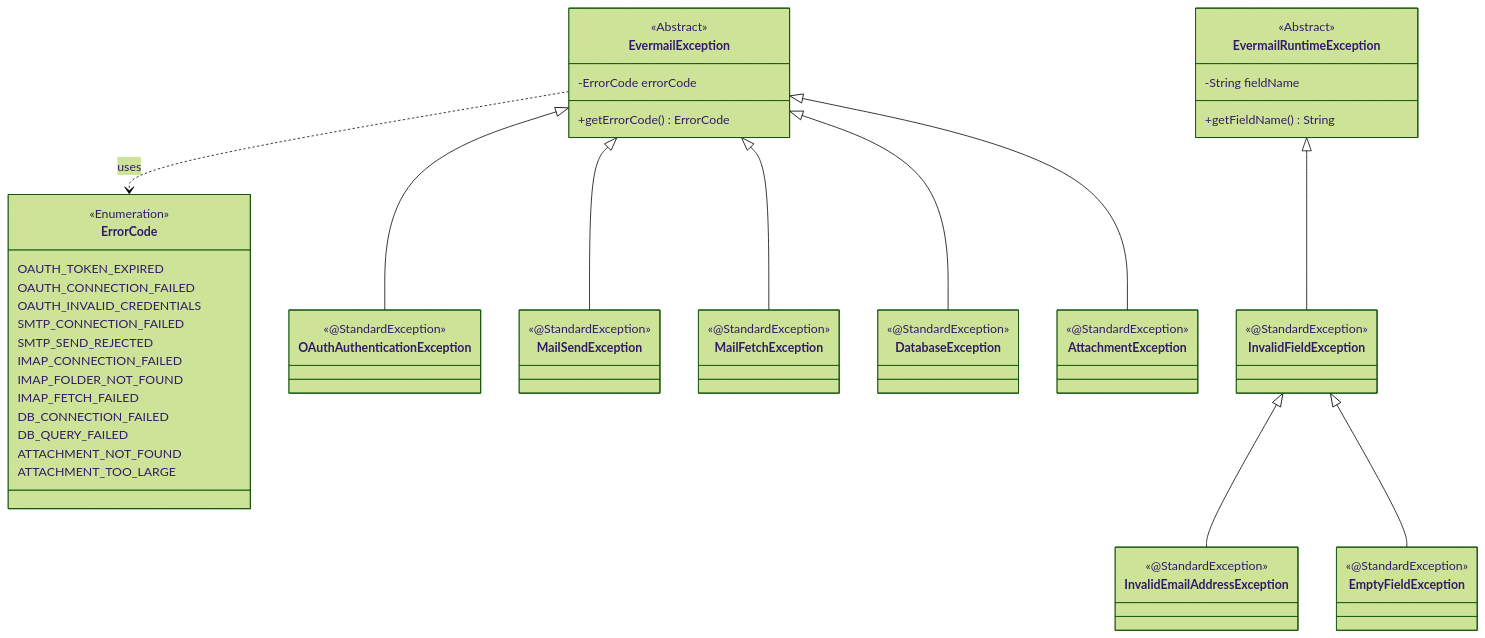
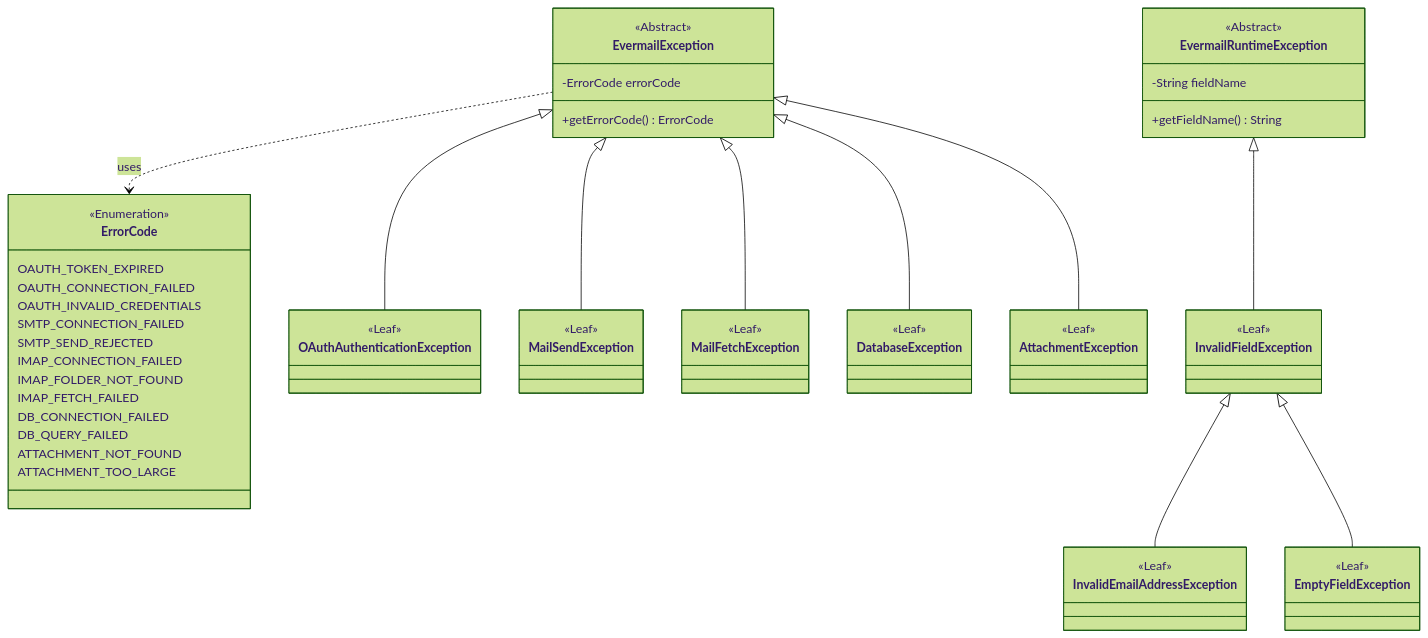
Before and after one commit to JuanPablo72000/evermail: the diagram in docs/diagrams/uml-exception.md, drawn with Mermaid (forest theme). The commit also changed other lines of this file and 11 other files, not shown here.

First line of the commit message:
Implement exception package and update DAO/Repository/Exception diagrams

````diff
--- a/docs/diagrams/uml-exception.md
+++ b/docs/diagrams/uml-exception.md
@@ -1,75 +1,75 @@
 ```mermaid
 classDiagram
     class ErrorCode {
         <<Enumeration>>
         OAUTH_TOKEN_EXPIRED
         OAUTH_CONNECTION_FAILED
         OAUTH_INVALID_CREDENTIALS
         SMTP_CONNECTION_FAILED
         SMTP_SEND_REJECTED
         IMAP_CONNECTION_FAILED
         IMAP_FOLDER_NOT_FOUND
         IMAP_FETCH_FAILED
         DB_CONNECTION_FAILED
         DB_QUERY_FAILED
         ATTACHMENT_NOT_FOUND
         ATTACHMENT_TOO_LARGE
     }
 
     class EvermailException {
         <<Abstract>>
         -ErrorCode errorCode
         +getErrorCode() ErrorCode
     }
 
     class EvermailRuntimeException {
         <<Abstract>>
         -String fieldName
         +getFieldName() String
     }
 
     class OAuthAuthenticationException {
-        <<@StandardException>>
+        <<Leaf>>
     }
 
     class MailSendException {
-        <<@StandardException>>
+        <<Leaf>>
     }
 
     class MailFetchException {
-        <<@StandardException>>
+        <<Leaf>>
     }
 
     class DatabaseException {
-        <<@StandardException>>
+        <<Leaf>>
     }
 
     class AttachmentException {
-        <<@StandardException>>
+        <<Leaf>>
     }
 
     class InvalidFieldException {
-        <<@StandardException>>
+        <<Leaf>>
     }
 
     class InvalidEmailAddressException {
-        <<@StandardException>>
+        <<Leaf>>
     }
 
     class EmptyFieldException {
-        <<@StandardException>>
+        <<Leaf>>
     }
 
     %% Checked branch inheritance
     EvermailException <|-- OAuthAuthenticationException
     EvermailException <|-- MailSendException
     EvermailException <|-- MailFetchException
     EvermailException <|-- DatabaseException
     EvermailException <|-- AttachmentException
     EvermailException ..> ErrorCode : uses
 
     %% Unchecked branch inheritance
     EvermailRuntimeException <|-- InvalidFieldException
     InvalidFieldException <|-- InvalidEmailAddressException
     InvalidFieldException <|-- EmptyFieldException
 ```
````
